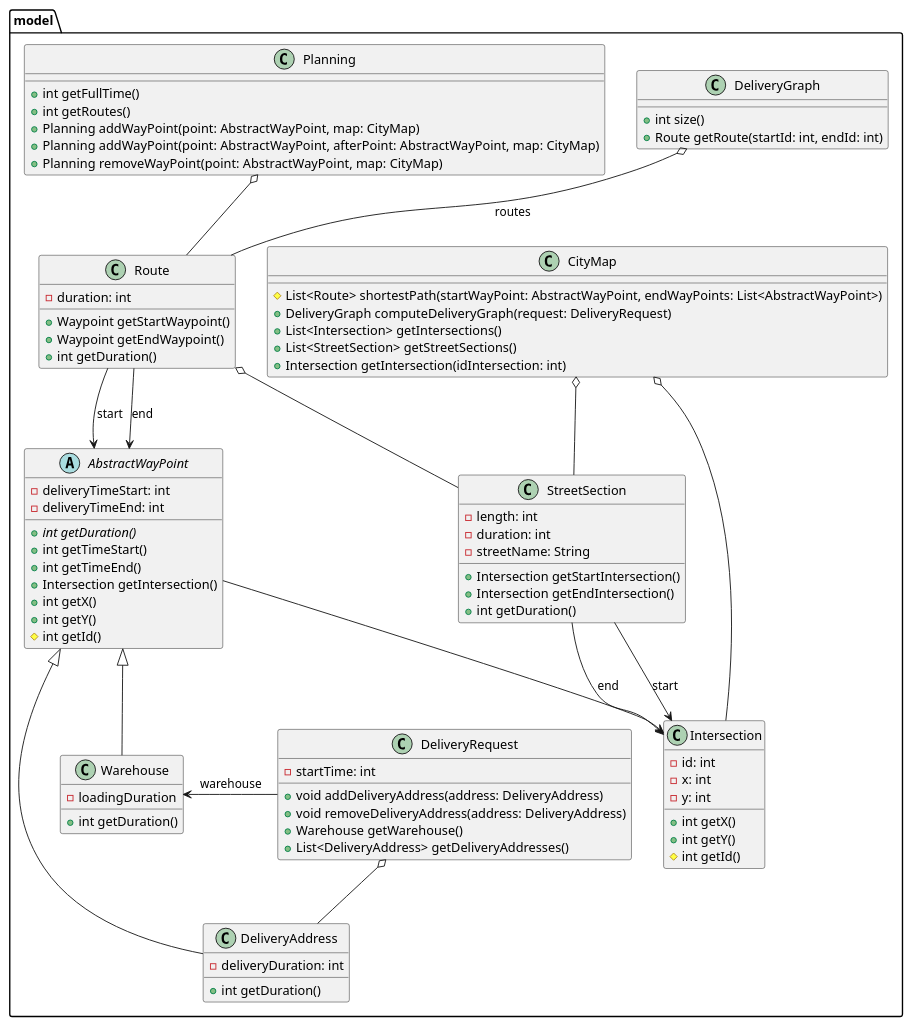
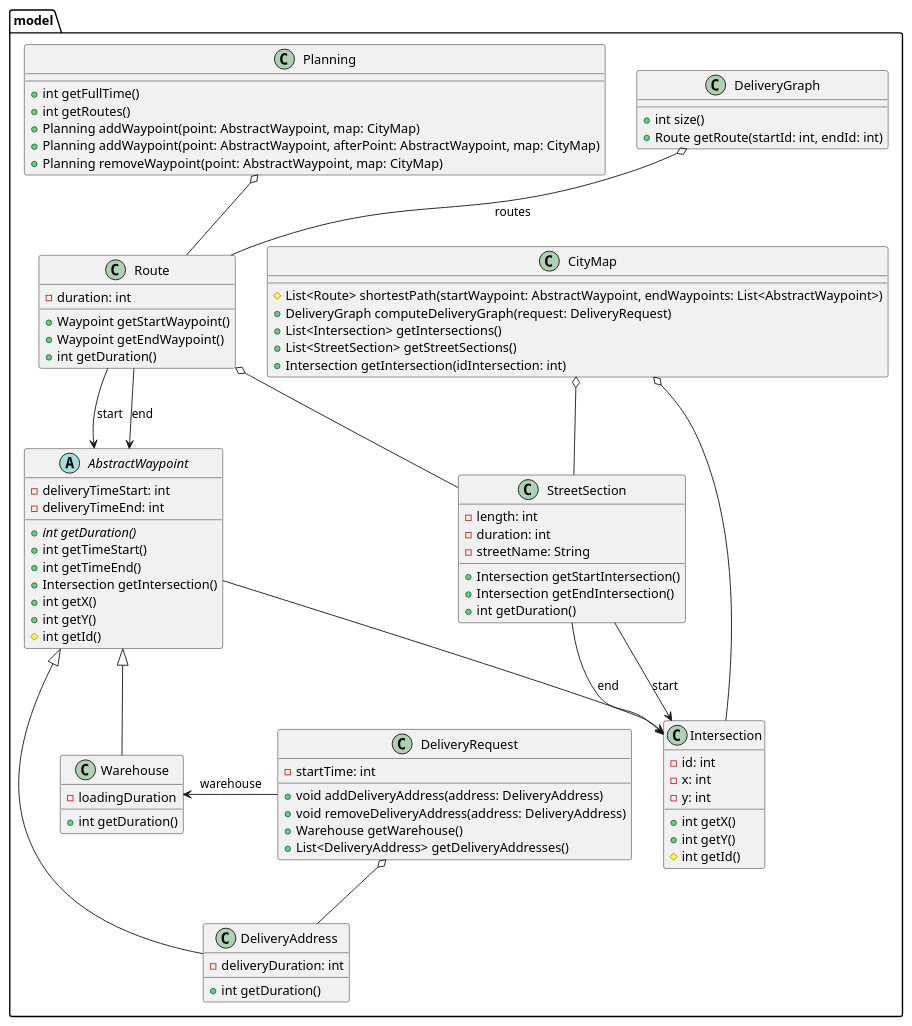
The diagram in docs/uml/package.model.puml (if-h4102/pld-agile), drawn with PlantUML before and after one commit. The commit also changed 39 other files, not shown here.

```diff
--- a/docs/uml/package.model.puml
+++ b/docs/uml/package.model.puml
@@ -1,98 +1,96 @@
 @startuml
 
 package model {
     class CityMap {
-       #List<Route> shortestPath(startWayPoint: AbstractWayPoint, endWayPoints: List<AbstractWayPoint>)
+       #List<Route> shortestPath(startWaypoint: AbstractWaypoint, endWaypoints: List<AbstractWaypoint>)
        +DeliveryGraph computeDeliveryGraph(request: DeliveryRequest)
        +List<Intersection> getIntersections()
        +List<StreetSection> getStreetSections()
        +Intersection getIntersection(idIntersection: int)
     }
 
     class DeliveryGraph {
         +int size()
         +Route getRoute(startId: int, endId: int)
     }
 
     class StreetSection {
         -length: int
         -duration: int
         -streetName: String
         +Intersection getStartIntersection()
         +Intersection getEndIntersection()
         +int getDuration()
     }
 
     class Intersection {
         -id: int
         -x: int
         -y: int
         +int getX()
         +int getY()
         #int getId()
     }
 
-    abstract class AbstractWayPoint {
+    abstract class AbstractWaypoint {
     	-deliveryTimeStart: int
     	-deliveryTimeEnd: int
     	+{abstract} int getDuration()
     	+int getTimeStart()
     	+int getTimeEnd()
     	+Intersection getIntersection()
     	+int getX()
     	+int getY()
     	#int getId()
     }
 
     class DeliveryAddress {
         -deliveryDuration: int
         +int getDuration()
     }
 
     class Warehouse {
         -loadingDuration
         +int getDuration()
     }
 
     class DeliveryRequest {
         -startTime: int
         +void addDeliveryAddress(address: DeliveryAddress)
         +void removeDeliveryAddress(address: DeliveryAddress)
         +Warehouse getWarehouse()
         +List<DeliveryAddress> getDeliveryAddresses()
     }
 
     class Planning {
         +int getFullTime()
         +int getRoutes()
-        +Planning addWayPoint(point: AbstractWayPoint, map: CityMap)
-        +Planning addWayPoint(point: AbstractWayPoint, afterPoint: AbstractWayPoint, map: CityMap)
-        +Planning removeWayPoint(point: AbstractWayPoint, map: CityMap)
+        +Planning addWaypoint(point: AbstractWaypoint, map: CityMap)
+        +Planning addWaypoint(point: AbstractWaypoint, afterPoint: AbstractWaypoint, map: CityMap)
+        +Planning removeWaypoint(point: AbstractWaypoint, map: CityMap)
     }
 
     class Route {
         -duration: int
         +Waypoint getStartWaypoint()
         +Waypoint getEndWaypoint()
         +int getDuration()
     }
 
     CityMap o-- StreetSection
     CityMap o-- Intersection
-    AbstractWayPoint --> Intersection
+    AbstractWaypoint --> Intersection
     StreetSection --> Intersection : end
     StreetSection --> Intersection : start
     Route o-- StreetSection
-    Route --> AbstractWayPoint : end
-    Route --> AbstractWayPoint : start
-    AbstractWayPoint <|-- DeliveryAddress
-    AbstractWayPoint <|-- Warehouse
+    Route --> AbstractWaypoint : end
+    Route --> AbstractWaypoint : start
+    AbstractWaypoint <|-- DeliveryAddress
+    AbstractWaypoint <|-- Warehouse
     DeliveryRequest o-- DeliveryAddress
     DeliveryRequest -left-> Warehouse : warehouse
     DeliveryGraph o-- Route : routes
     Planning o-- Route
 }
 
-
-
 @enduml
```
